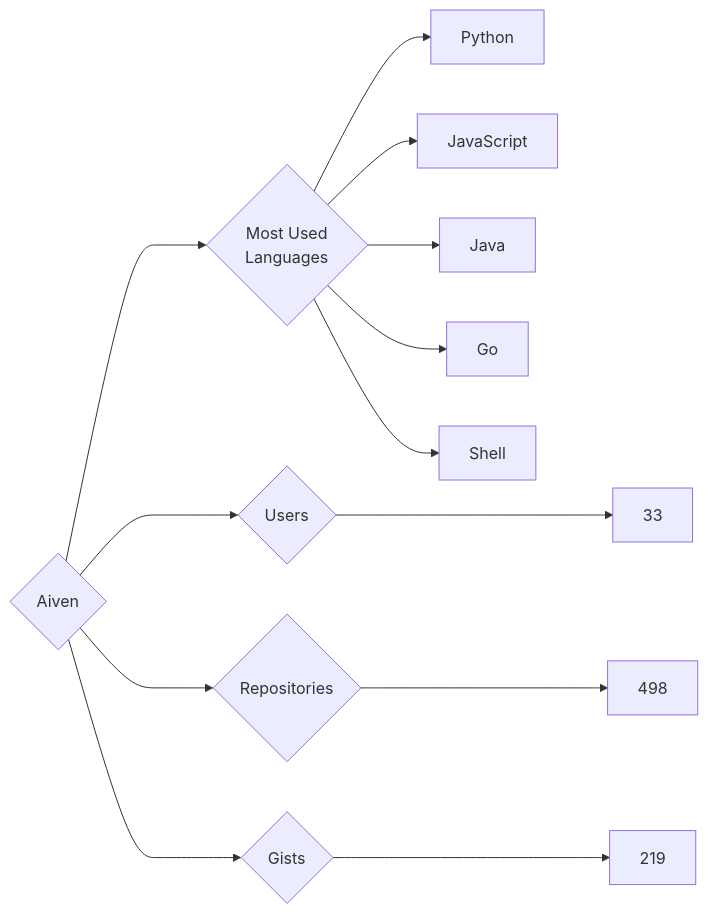
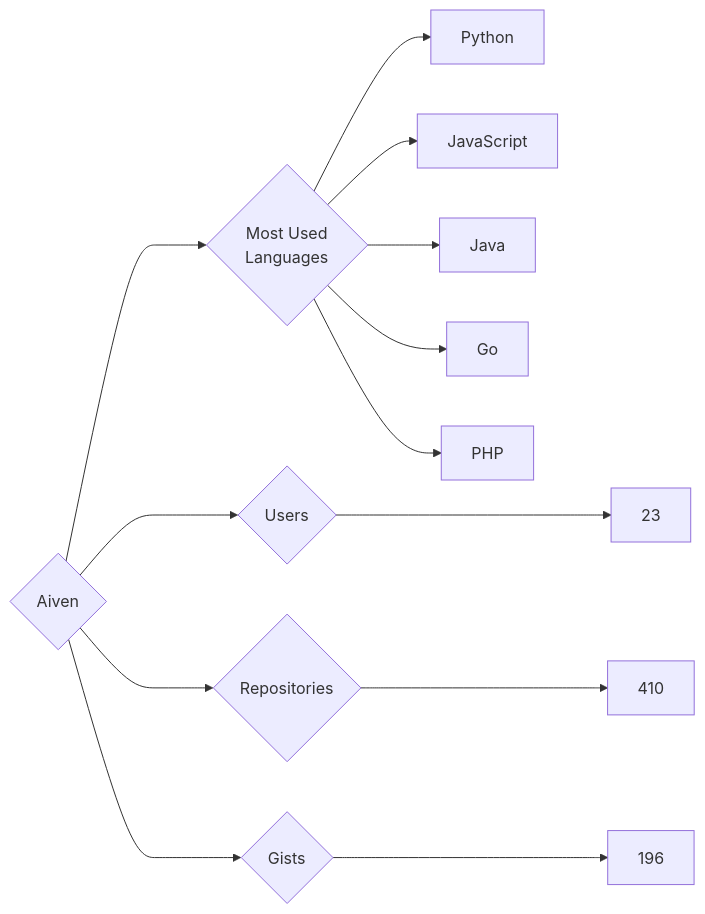
One commit to trickest/insiders changed the diagram in targets/Aiven/README.md. Above: the diagram before and after it, drawn with Mermaid. The commit also changed 899 other files, not shown here.

````diff
--- a/targets/Aiven/README.md
+++ b/targets/Aiven/README.md
@@ -3,13 +3,13 @@
 ```mermaid
 graph LR
 COMPANY_NAME{Aiven}
-COMPANY_NAME ---> U{Users} ---> UN[33]
-COMPANY_NAME ---> R{Repositories} ---> RN[498]
-COMPANY_NAME ---> G{Gists} ---> GN[219]
+COMPANY_NAME ---> U{Users} ---> UN[23]
+COMPANY_NAME ---> R{Repositories} ---> RN[410]
+COMPANY_NAME ---> G{Gists} ---> GN[196]
 COMPANY_NAME ---> ML{Most Used<br>Languages}
 ML --> Python[Python]
 ML --> JavaScript[JavaScript]
 ML --> Java[Java]
 ML --> Go[Go]
-ML --> Shell[Shell]
+ML --> PHP[PHP]
 ```
````
